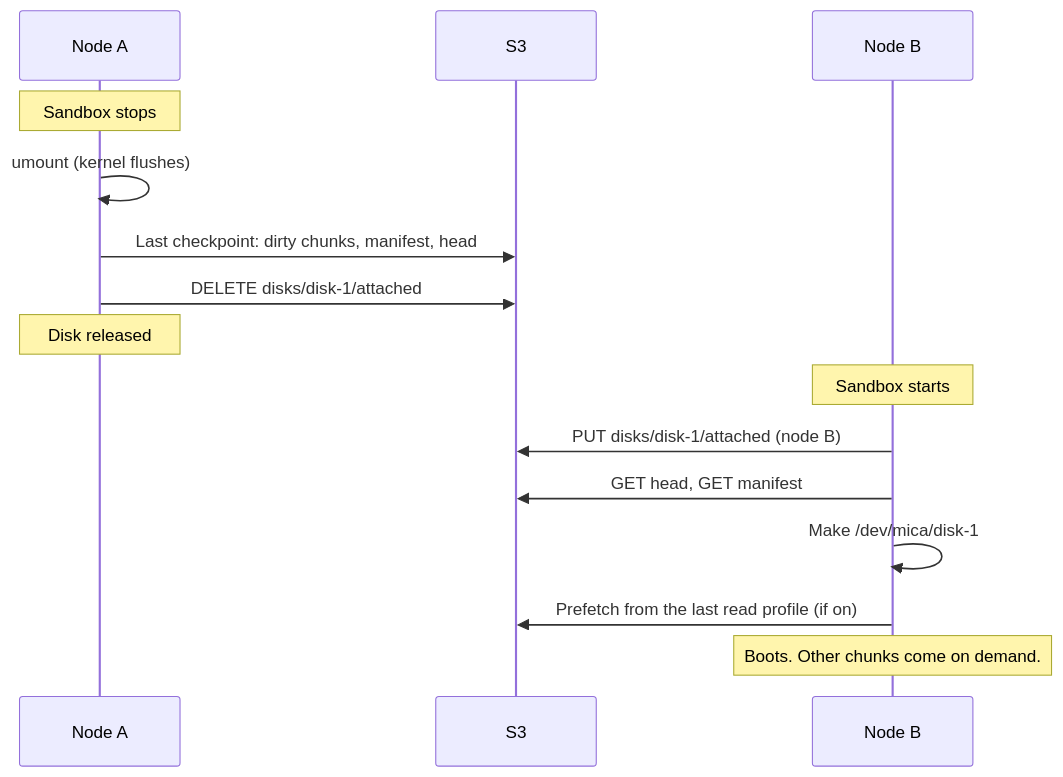
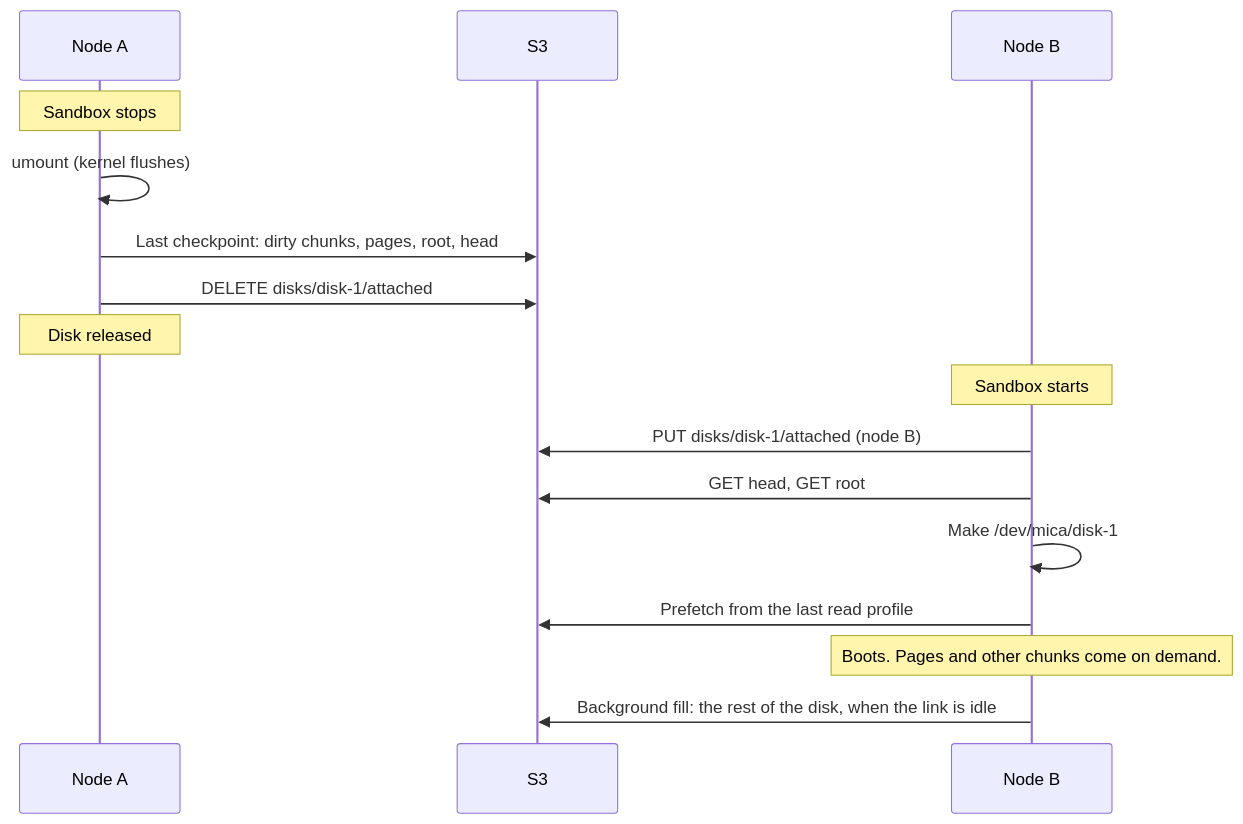
Before and after one commit to tanmoysrt/mica: the eighth of 10 diagrams in docs/architecture.md, drawn with Mermaid. The commit also changed other lines of this file and 38 other files, not shown here.

````diff
--- a/docs/architecture.md
+++ b/docs/architecture.md
@@ -241,19 +277,20 @@
 ```mermaid
 sequenceDiagram
     participant A as Node A
     participant S as S3
     participant B as Node B
 
     Note over A: Sandbox stops
     A->>A: umount (kernel flushes)
-    A->>S: Last checkpoint: dirty chunks, manifest, head
+    A->>S: Last checkpoint: dirty chunks, pages, root, head
     A->>S: DELETE disks/disk-1/attached
     Note over A: Disk released
 
     Note over B: Sandbox starts
     B->>S: PUT disks/disk-1/attached (node B)
-    B->>S: GET head, GET manifest
+    B->>S: GET head, GET root
     B->>B: Make /dev/mica/disk-1
-    B->>S: Prefetch from the last read profile (if on)
-    Note over B: Boots. Other chunks come on demand.
+    B->>S: Prefetch from the last read profile
+    Note over B: Boots. Pages and other chunks come on demand.
+    B->>S: Background fill: the rest of the disk, when the link is idle
 ```
````
